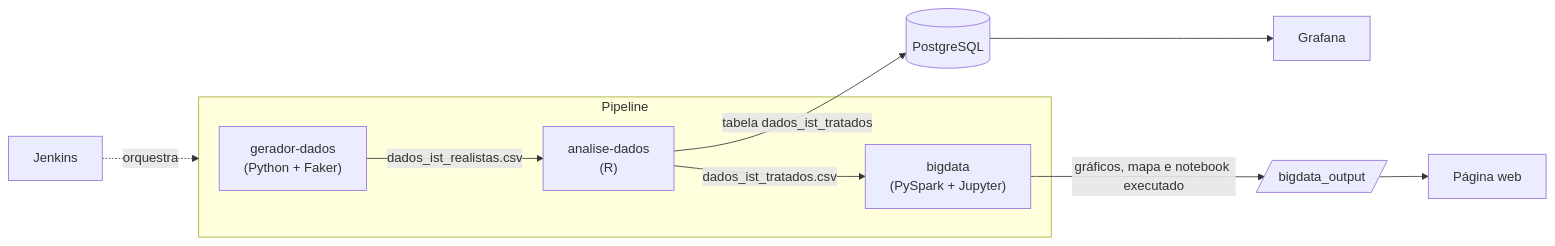
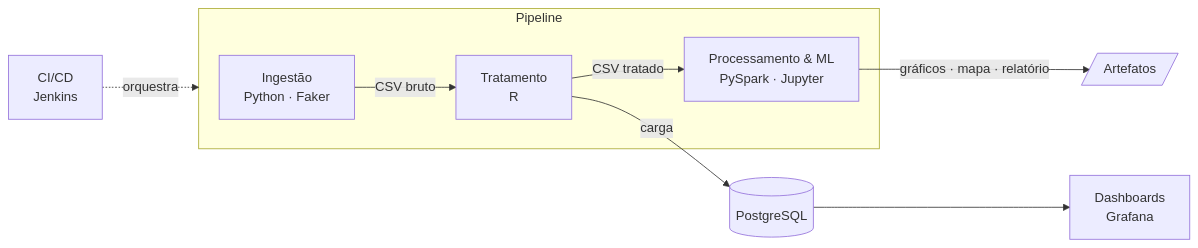
The diagram in README.md (itscaiocunha/algoritmo-doenca-ist), drawn with Mermaid before and after one commit. The commit also changed other lines of this file and 2 other files, not shown here.

````diff
--- a/README.md
+++ b/README.md
@@ -39,12 +37,11 @@
 ```mermaid
 flowchart LR
     subgraph Pipeline
-        G["gerador-dados<br/>(Python + Faker)"] -->|dados_ist_realistas.csv| R["analise-dados<br/>(R)"]
-        R -->|dados_ist_tratados.csv| S["bigdata<br/>(PySpark + Jupyter)"]
+        G["Ingestão<br/>Python · Faker"] -->|CSV bruto| R["Tratamento<br/>R"]
+        R -->|CSV tratado| S["Processamento & ML<br/>PySpark · Jupyter"]
     end
-    R -->|tabela dados_ist_tratados| P[(PostgreSQL)]
-    P --> GF[Grafana]
-    S -->|gráficos, mapa e notebook executado| O[/bigdata_output/]
-    O --> W[Página web]
-    J[Jenkins] -. orquestra .-> Pipeline
+    R -->|carga| P[(PostgreSQL)]
+    P --> GF["Dashboards<br/>Grafana"]
+    S -->|gráficos · mapa · relatório| O[/Artefatos/]
+    J["CI/CD<br/>Jenkins"] -. orquestra .-> Pipeline
 ```
````
